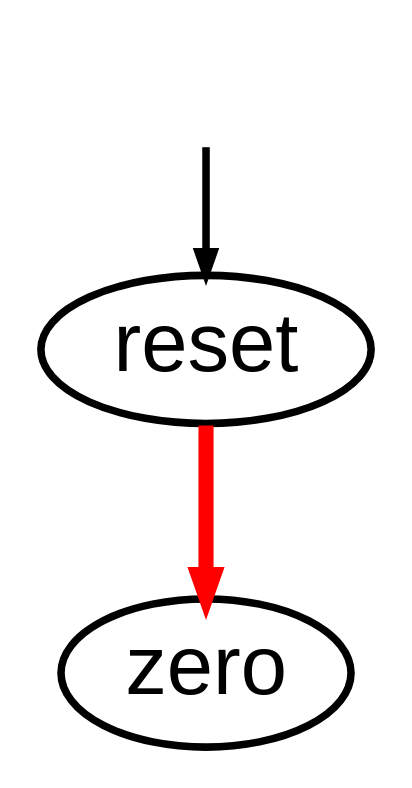
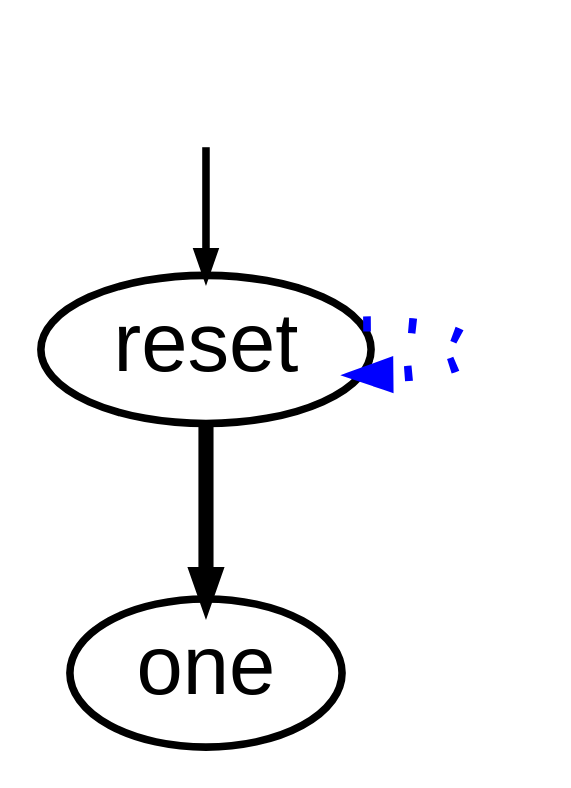
The diagram in modbat.examples.ExampleModel-root-StateGraph.dot (georgewbar/modbat), drawn with Graphviz before and after one commit. The commit also changed 20 other files, not shown here.

```diff
--- a/modbat.examples.ExampleModel-root-StateGraph.dot
+++ b/modbat.examples.ExampleModel-root-StateGraph.dot
@@ -1,9 +1,9 @@
 digraph model {
   orientation = portrait;
   graph [ rankdir = "TB", ranksep="0.08", nodesep="0.18", size="8!" ];
   node [ fontname = "Helvetica", fontsize="11.0", shape="ellipse", margin="0.01", height="0.1", width="0.5" ];
   edge [ fontname = "Helvetica", arrowsize=".3", arrowhead="normal", fontsize="6.0", margin="0.05" ];
 None [shape=none, style=invis, width=0.1, height=0.1];
 None->reset;
 {rank = source; None}
-reset->zero[color=red,penwidth="2.0043213737826426",label = " "];}
+reset->reset[style=dotted, color=blue,penwidth="2.0043213737826426",label = " "];reset->one[penwidth="2.0043213737826426",label = " "];}
```
